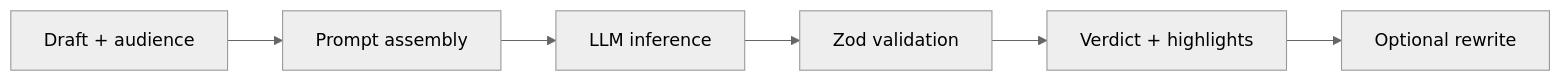
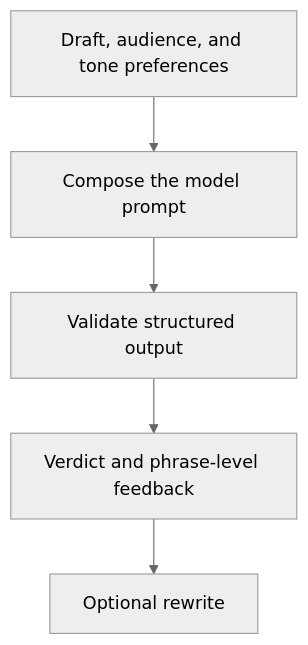
Before and after one commit to SebastianKristof/safetosend: the diagram in README.md, drawn with Mermaid (neutral theme). The commit also changed other lines of this file, not shown here.

Commit message:
Explain the draft review experiment and regression suite (#11)

````diff
--- a/README.md
+++ b/README.md
@@ -38,8 +11,7 @@
-```mermaid
-flowchart LR
-    A["Draft + audience"] --> B["Prompt assembly"]
-    B --> C["LLM inference"]
-    C --> D["Zod validation"]
-    D --> E["Verdict + highlights"]
-    E --> F["Optional rewrite"]
-```
+~~~mermaid
+flowchart TD
+    A["Draft, audience, and tone preferences"] --> B["Compose the model prompt"]
+    B --> C["Validate structured output"]
+    C --> D["Verdict and phrase-level feedback"]
+    D --> E["Optional rewrite"]
+~~~
````
